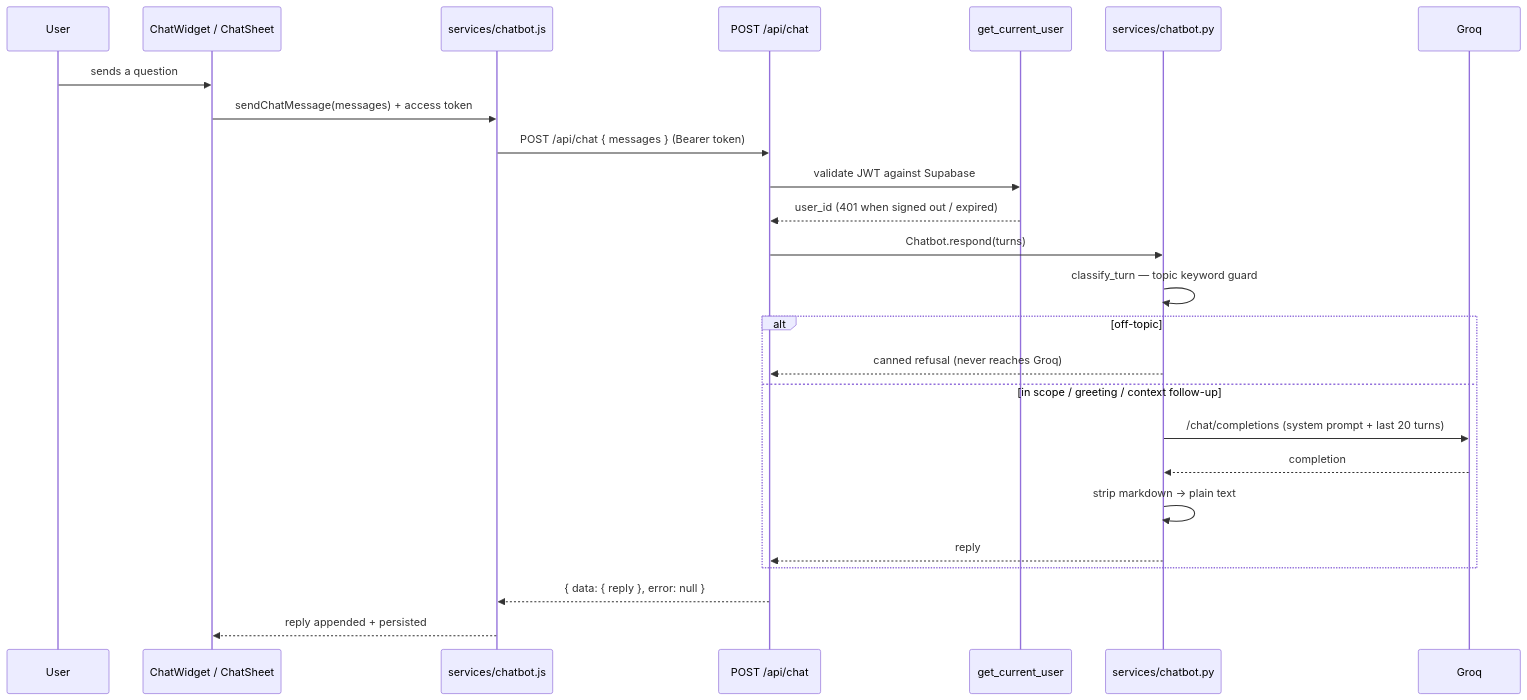
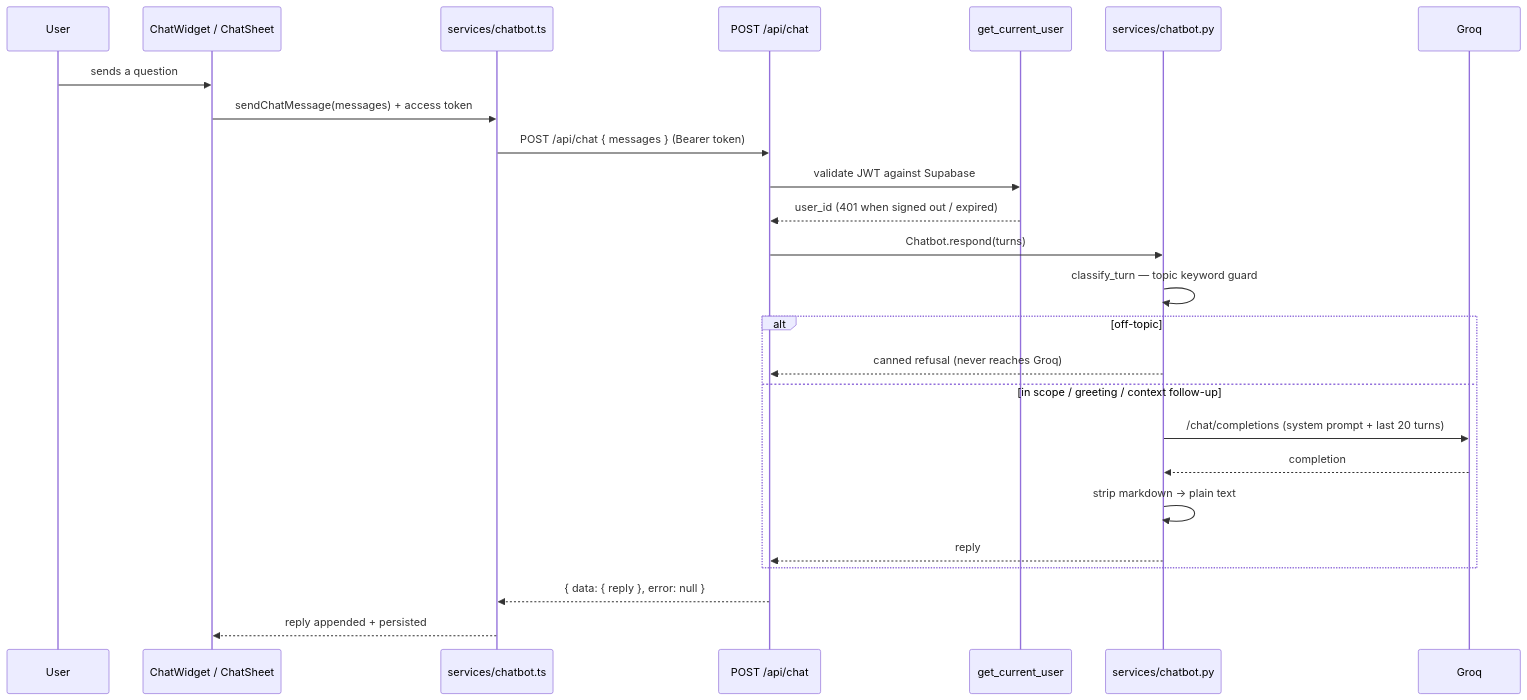
The third of 6 diagrams in documentation/architecture.md (MizuReal/PalaySigla), drawn with Mermaid before and after one commit. The commit also changed other lines of this file and 6 other files, not shown here.

````diff
--- a/documentation/architecture.md
+++ b/documentation/architecture.md
@@ -116,28 +116,28 @@
 ```mermaid
 sequenceDiagram
     participant U as User
     participant W as ChatWidget / ChatSheet
-    participant S as services/chatbot.js
+    participant S as services/chatbot.ts
     participant A as POST /api/chat
     participant D as get_current_user
     participant B as services/chatbot.py
     participant G as Groq
 
     U->>W: sends a question
     W->>S: sendChatMessage(messages) + access token
     S->>A: POST /api/chat { messages } (Bearer token)
     A->>D: validate JWT against Supabase
     D-->>A: user_id (401 when signed out / expired)
     A->>B: Chatbot.respond(turns)
     B->>B: classify_turn — topic keyword guard
     alt off-topic
         B-->>A: canned refusal (never reaches Groq)
     else in scope / greeting / context follow-up
         B->>G: /chat/completions (system prompt + last 20 turns)
         G-->>B: completion
         B->>B: strip markdown → plain text
         B-->>A: reply
     end
     A-->>S: { data: { reply }, error: null }
     S-->>W: reply appended + persisted
 ```
````
